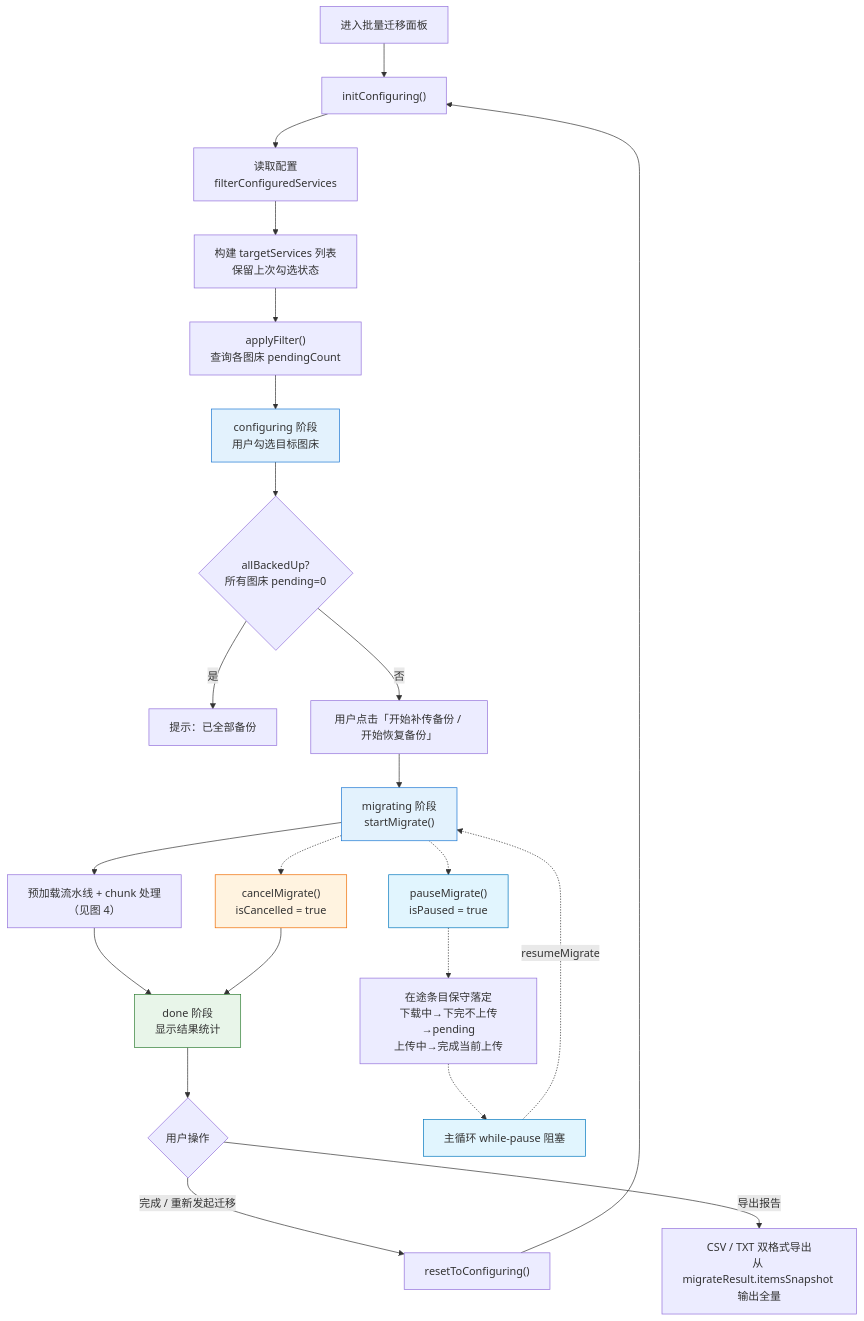
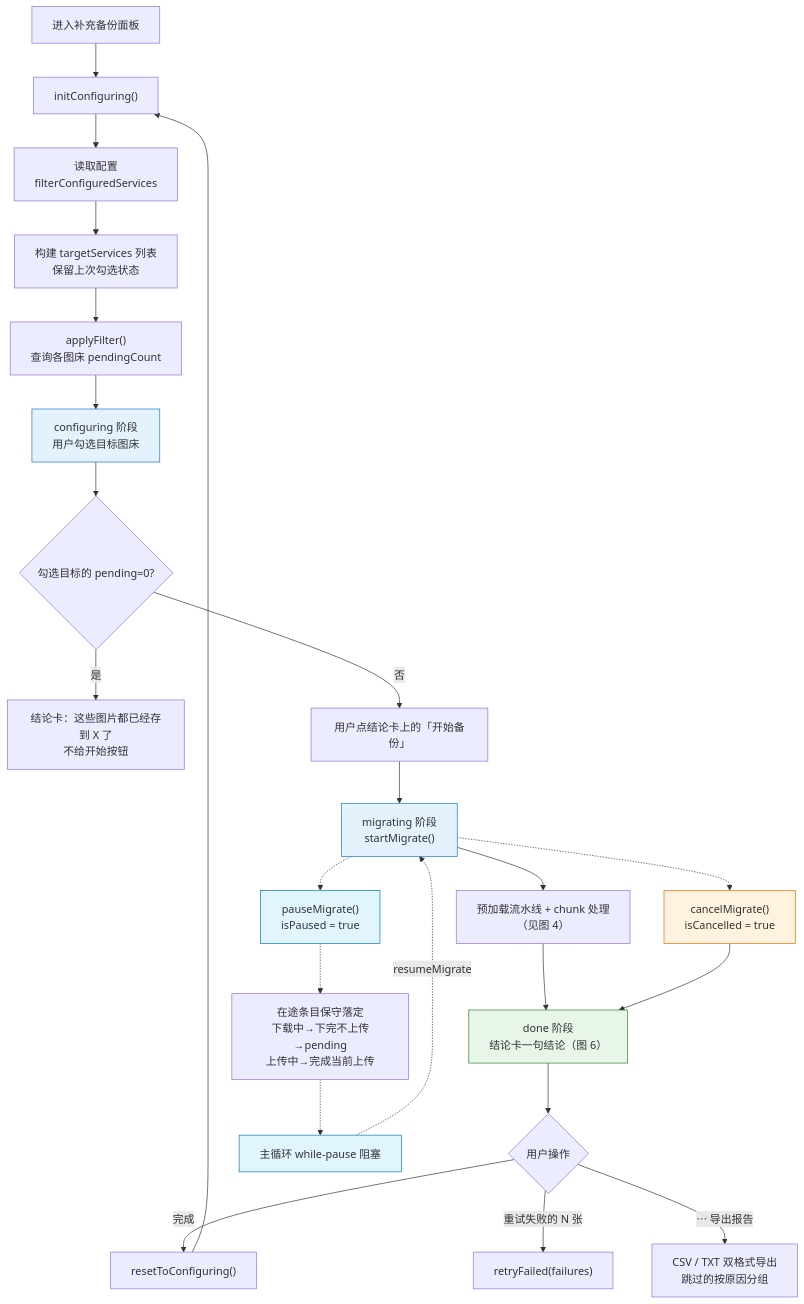
The first of 5 diagrams in docs/flows/batch-migrate-flow.md (joeyliu6/PicNexus), drawn with Mermaid before and after one commit. The commit also changed other lines of this file, not shown here.

First line of the commit message:
docs(batch-migrate): describe the backup summary card and 更多选项

````diff
--- a/docs/flows/batch-migrate-flow.md
+++ b/docs/flows/batch-migrate-flow.md
@@ -25,38 +19,39 @@
 ```mermaid
 flowchart TD
-    A["进入批量迁移面板"] --> B["initConfiguring()"]
+    A["进入补充备份面板"] --> B["initConfiguring()"]
     B --> C["读取配置<br/>filterConfiguredServices"]
     C --> D["构建 targetServices 列表<br/>保留上次勾选状态"]
     D --> E["applyFilter()<br/>查询各图床 pendingCount"]
     E --> F["configuring 阶段<br/>用户勾选目标图床"]
 
-    F --> G{allBackedUp?<br/>所有图床 pending=0}
-    G -- 是 --> G1["提示：已全部备份"]
-    G -- 否 --> H["用户点击「开始补传备份 / 开始恢复备份」"]
+    F --> G{勾选目标的 pending=0?}
+    G -- 是 --> G1["结论卡：这些图片都已经存到 X 了<br/>不给开始按钮"]
+    G -- 否 --> H["用户点结论卡上的「开始备份」"]
 
     H --> I["migrating 阶段<br/>startMigrate()"]
     I --> J["预加载流水线 + chunk 处理<br/>（见图 4）"]
-    J --> K["done 阶段<br/>显示结果统计"]
+    J --> K["done 阶段<br/>结论卡一句结论（图 6）"]
 
     K --> L{用户操作}
-    L -- "完成 / 重新发起迁移" --> N["resetToConfiguring()"]
+    L -- "完成" --> N["resetToConfiguring()"]
     N --> B
-    L -- "导出报告" --> EX["CSV / TXT 双格式导出<br/>从 migrateResult.itemsSnapshot 输出全量"]
+    L -- "重试失败的 N 张" --> RT["retryFailed(failures)"]
+    L -- "⋯ 导出报告" --> EX["CSV / TXT 双格式导出<br/>跳过的按原因分组"]
 
     %% 暂停 / 恢复（保守策略：在途条目落定后主循环阻塞）
     I -.-> P["pauseMigrate()<br/>isPaused = true"]
     P -.-> P1["在途条目保守落定<br/>下载中→下完不上传→pending<br/>上传中→完成当前上传"]
     P1 -.-> P2["主循环 while-pause 阻塞"]
     P2 -.-> |resumeMigrate| I
 
     %% 取消
     I -.-> O["cancelMigrate()<br/>isCancelled = true"]
     O --> K
 
     style F fill:#e3f2fd,stroke:#1976d2
     style I fill:#e3f2fd,stroke:#1976d2
     style K fill:#e8f5e9,stroke:#2e7d32
     style O fill:#fff3e0,stroke:#ef6c00
     style P fill:#e1f5fe,stroke:#0277bd
     style P2 fill:#e1f5fe,stroke:#0277bd
 ```
````
